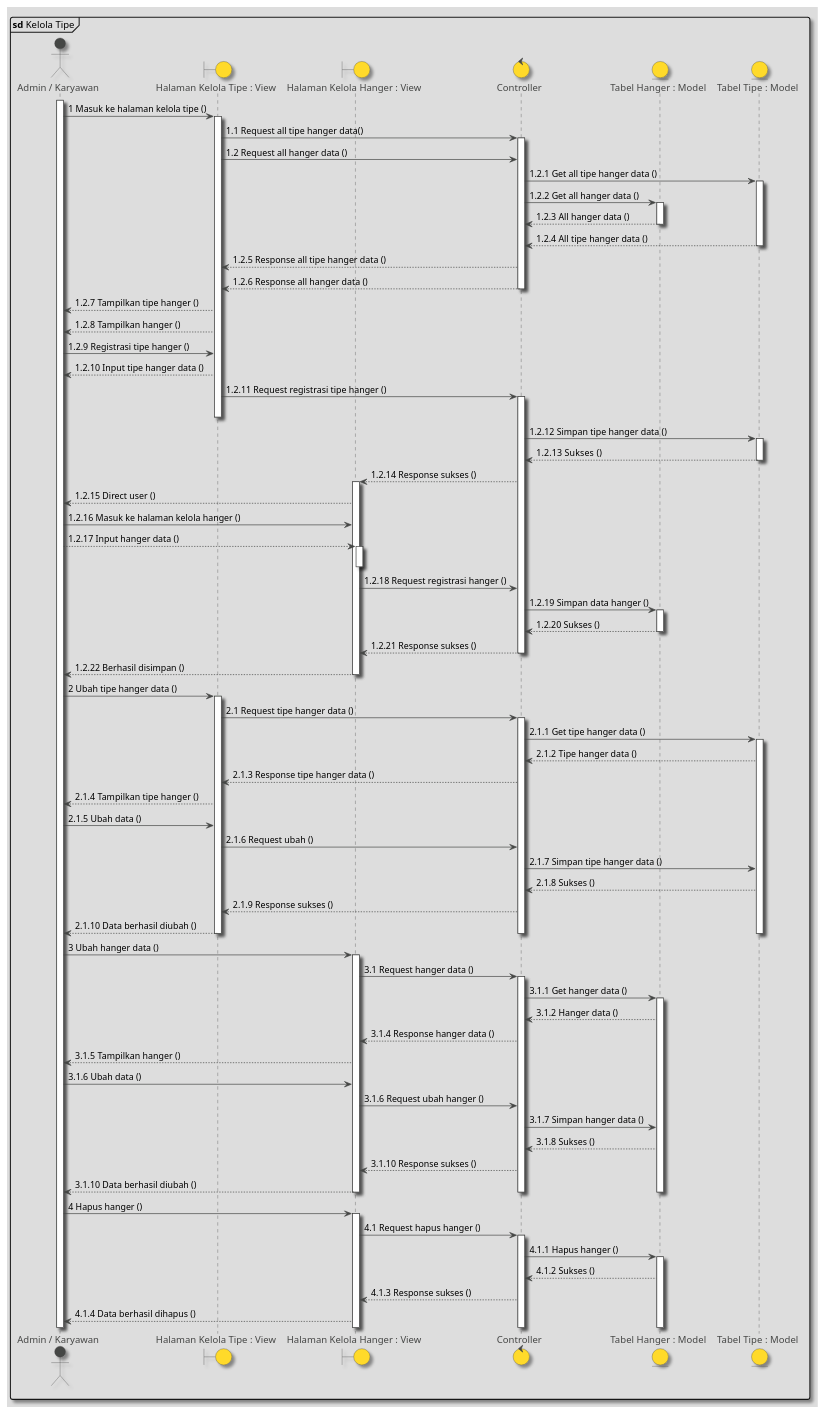
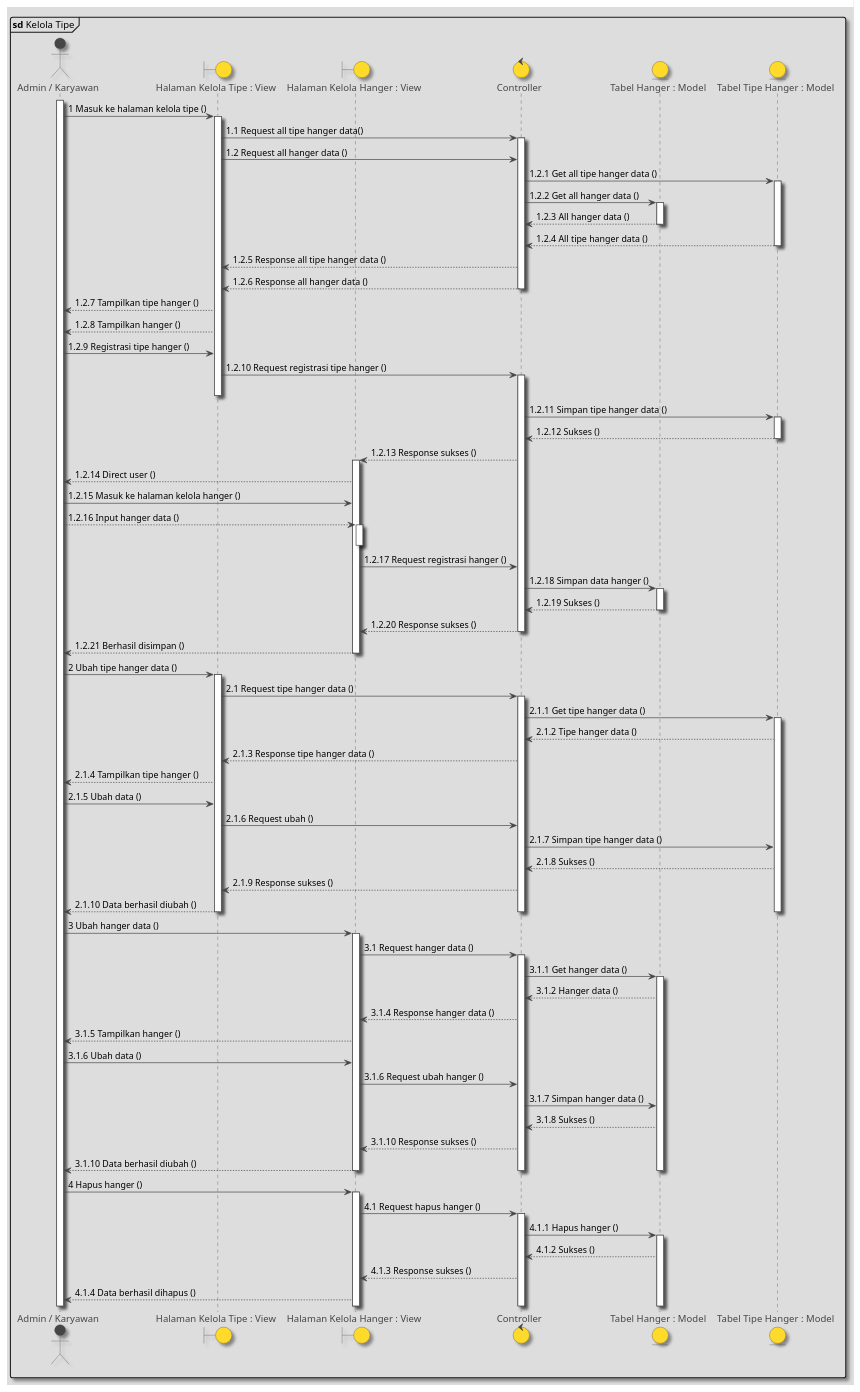
The diagram in Diagrams/SequenceDiagrams/KelolaTipe.puml (marlisumarli/hanger-scheduling), drawn with PlantUML before and after one commit. The commit also changed 2 other files, not shown here.

```diff
--- a/Diagrams/SequenceDiagrams/KelolaTipe.puml
+++ b/Diagrams/SequenceDiagrams/KelolaTipe.puml
@@ -1,91 +1,90 @@
 @startuml
 
 !theme toy
 skinparam shadowing true
 mainframe **sd** Kelola Tipe
 
 actor "Admin / Karyawan" as user
 boundary "Halaman Kelola Tipe : View" as kelolaTipe
 boundary "Halaman Ubah Tipe : View" as kelolaTipe
 boundary "Halaman Kelola Hanger : View" as kelolaHanger
 control Controller as controller
 entity "Tabel Hanger : Model" as tabelHanger
-entity "Tabel Tipe : Model" as tabelTipe
+entity "Tabel Tipe Hanger : Model" as tabelTipe
 
 activate user
 user -> kelolaTipe ++ : 1 Masuk ke halaman kelola tipe ()
 kelolaTipe -> controller ++ : 1.1 Request all tipe hanger data()
 kelolaTipe -> controller  : 1.2 Request all hanger data ()
 controller -> tabelTipe ++ : 1.2.1 Get all tipe hanger data ()
 controller -> tabelHanger ++ : 1.2.2 Get all hanger data ()
 
 return 1.2.3 All hanger data ()
 return 1.2.4 All tipe hanger data ()
 controller --> kelolaTipe : 1.2.5 Response all tipe hanger data ()
 controller --> kelolaTipe : 1.2.6 Response all hanger data ()
 deactivate controller
 kelolaTipe --> user : 1.2.7 Tampilkan tipe hanger ()
 kelolaTipe --> user : 1.2.8 Tampilkan hanger ()
 
 
 user -> kelolaTipe : 1.2.9 Registrasi tipe hanger ()
-kelolaTipe --> user : 1.2.10 Input tipe hanger data ()
-kelolaTipe -> controller ++ : 1.2.11 Request registrasi tipe hanger ()
+kelolaTipe -> controller ++ : 1.2.10 Request registrasi tipe hanger ()
 deactivate kelolaTipe
-controller -> tabelTipe ++ : 1.2.12 Simpan tipe hanger data ()
-tabelTipe --> controller : 1.2.13  Sukses ()
+controller -> tabelTipe ++ : 1.2.11 Simpan tipe hanger data ()
+tabelTipe --> controller : 1.2.12 Sukses ()
 deactivate tabelTipe
-controller --> kelolaHanger ++ : 1.2.14 Response sukses ()
-kelolaHanger --> user : 1.2.15 Direct user ()
-user -> kelolaHanger : 1.2.16 Masuk ke halaman kelola hanger ()
-user --> kelolaHanger ++ : 1.2.17 Input hanger data ()
+controller --> kelolaHanger ++ : 1.2.13 Response sukses ()
+kelolaHanger --> user : 1.2.14 Direct user ()
+user -> kelolaHanger : 1.2.15 Masuk ke halaman kelola hanger ()
+user --> kelolaHanger ++ : 1.2.16 Input hanger data ()
 deactivate kelolaHanger
-kelolaHanger -> controller : 1.2.18 Request registrasi hanger ()
-controller -> tabelHanger ++ : 1.2.19 Simpan data hanger ()
-tabelHanger --> controller : 1.2.20 Sukses ()
+kelolaHanger -> controller : 1.2.17 Request registrasi hanger ()
+controller -> tabelHanger ++ : 1.2.18 Simpan data hanger ()
+tabelHanger --> controller : 1.2.19 Sukses ()
 deactivate tabelHanger
-controller --> kelolaHanger : 1.2.21 Response sukses ()
+controller --> kelolaHanger : 1.2.20 Response sukses ()
 deactivate controller
-kelolaHanger --> user : 1.2.22 Berhasil disimpan ()
+kelolaHanger --> user : 1.2.21 Berhasil disimpan ()
 deactivate kelolaHanger
 
 user -> kelolaTipe ++ : 2 Ubah tipe hanger data ()
 kelolaTipe -> controller ++ : 2.1 Request tipe hanger data ()
 controller -> tabelTipe ++ : 2.1.1 Get tipe hanger data ()
 tabelTipe --> controller : 2.1.2 Tipe hanger data ()
 controller --> kelolaTipe : 2.1.3 Response tipe hanger data ()
 kelolaTipe --> user : 2.1.4 Tampilkan tipe hanger ()
 user -> kelolaTipe : 2.1.5 Ubah data ()
 kelolaTipe -> controller : 2.1.6 Request ubah ()
 controller -> tabelTipe  : 2.1.7 Simpan tipe hanger data ()
 tabelTipe --> controller : 2.1.8 Sukses ()
 controller --> kelolaTipe : 2.1.9 Response sukses ()
 kelolaTipe --> user : 2.1.10 Data berhasil diubah ()
 deactivate kelolaTipe
 deactivate controller
 deactivate tabelTipe
 
 user -> kelolaHanger ++ : 3 Ubah hanger data ()
 kelolaHanger -> controller ++ : 3.1 Request hanger data ()
 controller -> tabelHanger ++ : 3.1.1 Get hanger data ()
 tabelHanger --> controller : 3.1.2 Hanger data ()
 controller --> kelolaHanger : 3.1.4 Response hanger data ()
 kelolaHanger --> user : 3.1.5 Tampilkan hanger ()
 user -> kelolaHanger : 3.1.6 Ubah data ()
 kelolaHanger -> controller : 3.1.6 Request ubah hanger ()
 controller -> tabelHanger : 3.1.7 Simpan hanger data ()
 tabelHanger --> controller : 3.1.8 Sukses ()
 controller --> kelolaHanger : 3.1.10 Response sukses ()
 kelolaHanger --> user : 3.1.10 Data berhasil diubah ()
 deactivate kelolaHanger
 deactivate controller
 deactivate tabelHanger
 
 user -> kelolaHanger ++ : 4 Hapus hanger ()
 kelolaHanger -> controller ++ : 4.1 Request hapus hanger ()
 controller -> tabelHanger ++ : 4.1.1 Hapus hanger ()
 tabelHanger --> controller : 4.1.2 Sukses ()
 controller --> kelolaHanger : 4.1.3 Response sukses ()
 kelolaHanger --> user : 4.1.4 Data berhasil dihapus ()
 
 @enduml
```
